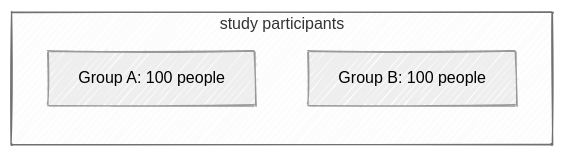
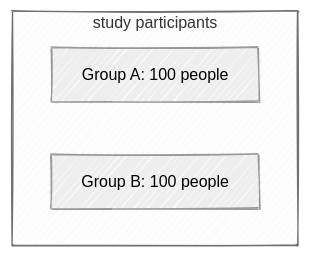
One commit to agrogan1/closeread changed the second of 3 diagrams in multivariate/multivariate.md. Above: the diagram before and after it, drawn with Mermaid.

Commit message:
Update flowchart direction in multivariate.md
Changed flowchart direction from LR to TB.

````diff
--- a/multivariate/multivariate.md
+++ b/multivariate/multivariate.md
@@ -36,18 +36,18 @@
 ```mermaid
 ---
 config:
   look: handDrawn
   theme: neutral
 ---
 
-flowchart LR
+flowchart TB
 
   subgraph study["study participants"]
 
   A["Group A: 100 people"]
 
   B["Group B: 100 people"]
 
   end
 
 ```
````
